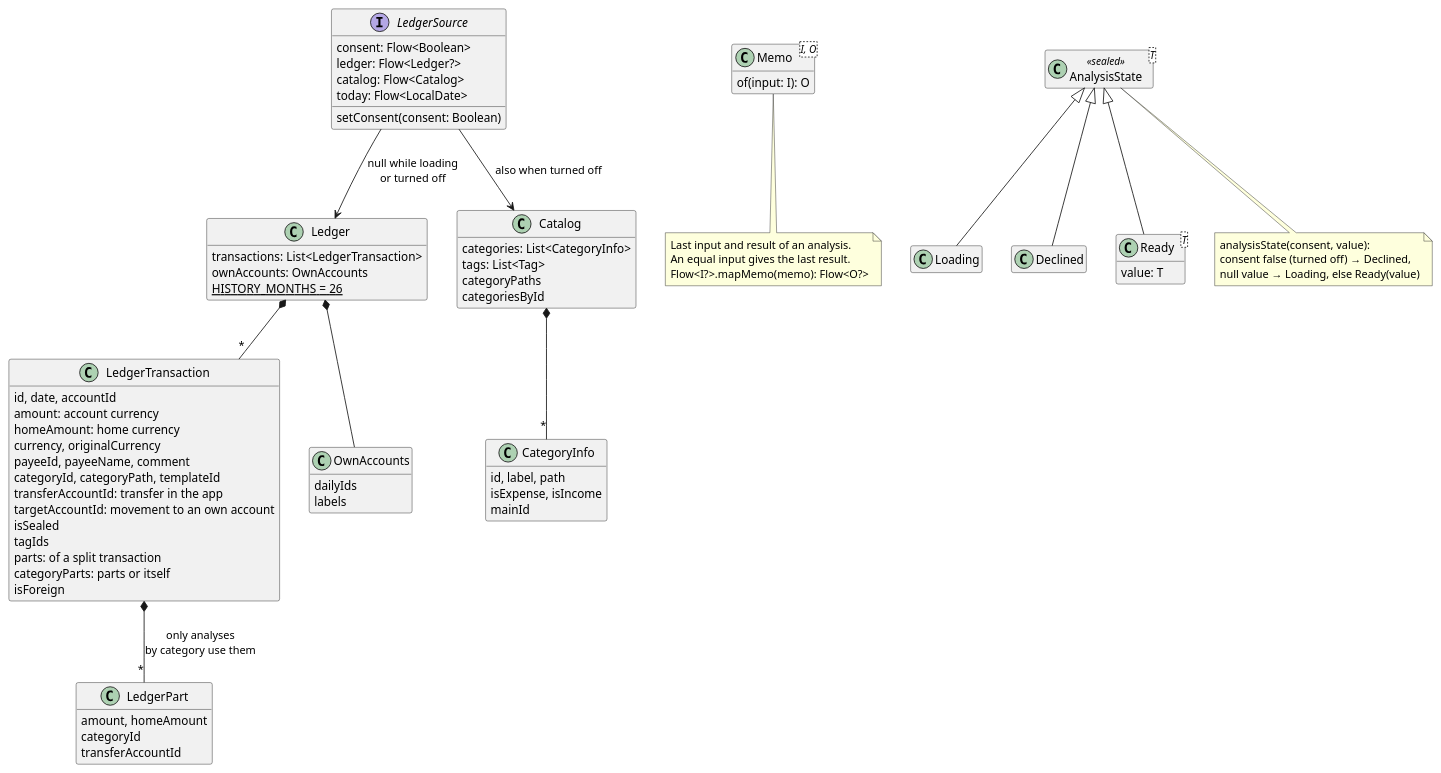
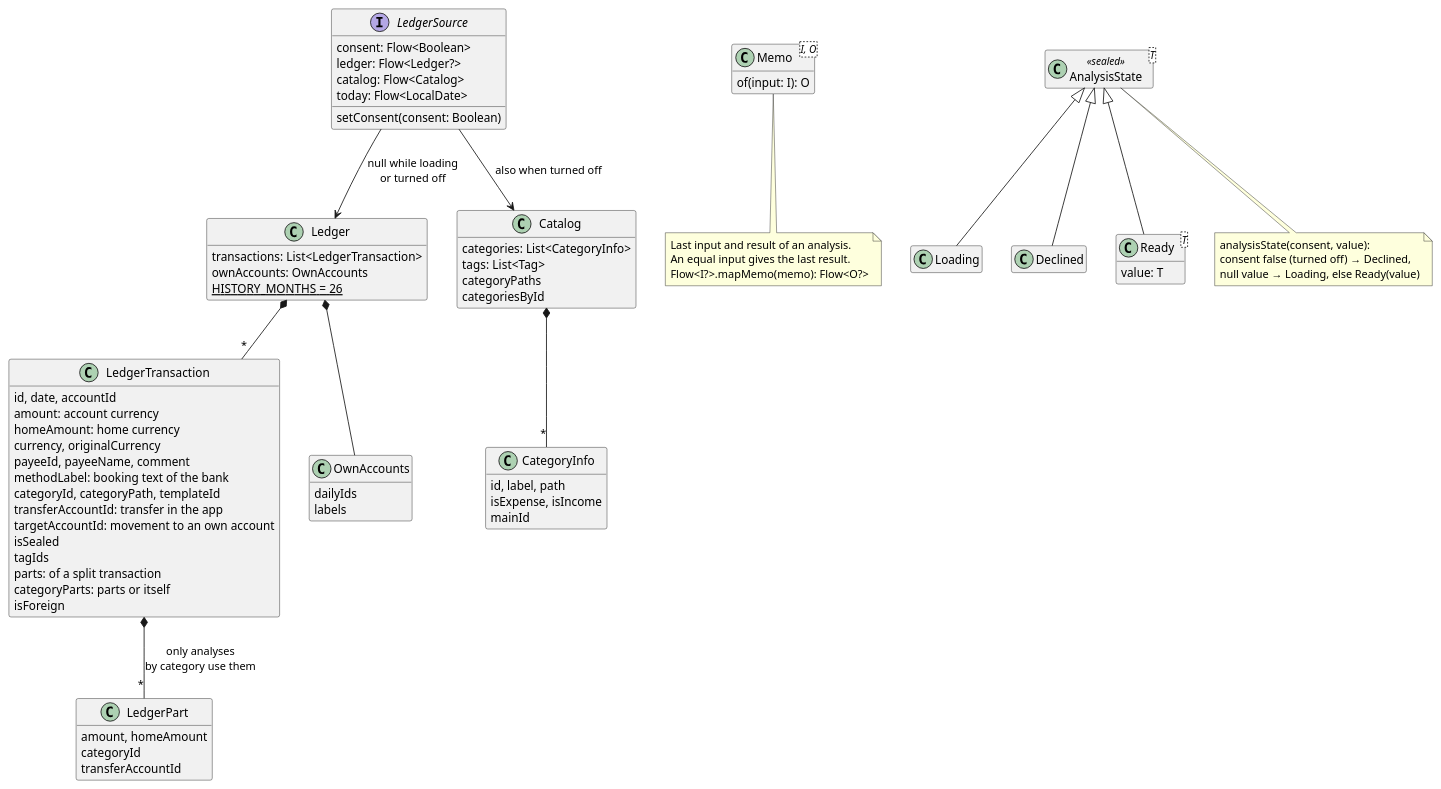
Before and after one commit to castn/MyExpenses: the diagram in next/core/model/src/main/java/org/totschnig/myexpenses/next/core/model/ledger/model.puml, drawn with PlantUML. The commit also changed 2 other files, not shown here.

Commit message:
Read the payment method into the ledger
LedgerTransaction.methodLabel holds the label of the payment method, which a bank import fills with the booking text of the bank.

```diff
--- a/next/core/model/src/main/java/org/totschnig/myexpenses/next/core/model/ledger/model.puml
+++ b/next/core/model/src/main/java/org/totschnig/myexpenses/next/core/model/ledger/model.puml
@@ -1,96 +1,97 @@
 @startuml model
 ' The types of the ledger package that all features share, see README.md in this package.
 
 skinparam shadowing false
 skinparam defaultFontName sans-serif
 hide empty members
 
 interface LedgerSource {
   consent: Flow<Boolean>
   ledger: Flow<Ledger?>
   catalog: Flow<Catalog>
   today: Flow<LocalDate>
   setConsent(consent: Boolean)
 }
 
 class Ledger {
   transactions: List<LedgerTransaction>
   ownAccounts: OwnAccounts
   {static} HISTORY_MONTHS = 26
 }
 
 class LedgerTransaction {
   id, date, accountId
   amount: account currency
   homeAmount: home currency
   currency, originalCurrency
   payeeId, payeeName, comment
+  methodLabel: booking text of the bank
   categoryId, categoryPath, templateId
   transferAccountId: transfer in the app
   targetAccountId: movement to an own account
   isSealed
   tagIds
   parts: of a split transaction
   categoryParts: parts or itself
   isForeign
 }
 
 class LedgerPart {
   amount, homeAmount
   categoryId
   transferAccountId
 }
 
 class OwnAccounts {
   dailyIds
   labels
 }
 
 class Catalog {
   categories: List<CategoryInfo>
   tags: List<Tag>
   categoryPaths
   categoriesById
 }
 
 class CategoryInfo {
   id, label, path
   isExpense, isIncome
   mainId
 }
 
 class "Memo<I, O>" as Memo {
   of(input: I): O
 }
 
 class "AnalysisState<T>" as AnalysisState <<sealed>>
 class Loading
 class Declined
 class "Ready<T>" as Ready {
   value: T
 }
 
 LedgerSource --> Ledger : null while loading\nor turned off
 LedgerSource --> Catalog : also when turned off
 Ledger *-- "*" LedgerTransaction
 Ledger *-- OwnAccounts
 LedgerTransaction *-- "*" LedgerPart : only analyses\nby category use them
 Catalog *-- "*" CategoryInfo
 
 AnalysisState <|-- Loading
 AnalysisState <|-- Declined
 AnalysisState <|-- Ready
 
 note bottom of Memo
   Last input and result of an analysis.
   An equal input gives the last result.
   Flow<I?>.mapMemo(memo): Flow<O?>
 end note
 
 note bottom of AnalysisState
   analysisState(consent, value):
   consent false (turned off) → Declined,
   null value → Loading, else Ready(value)
 end note
 
 @enduml
```
